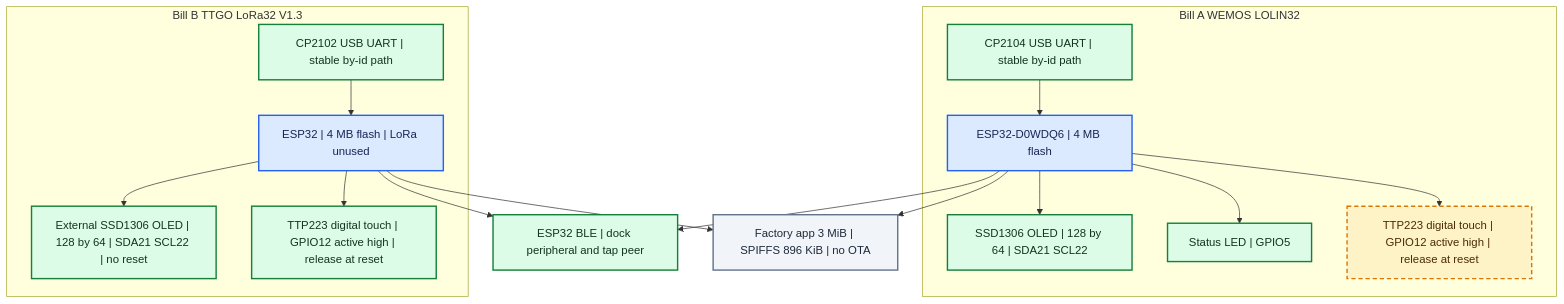
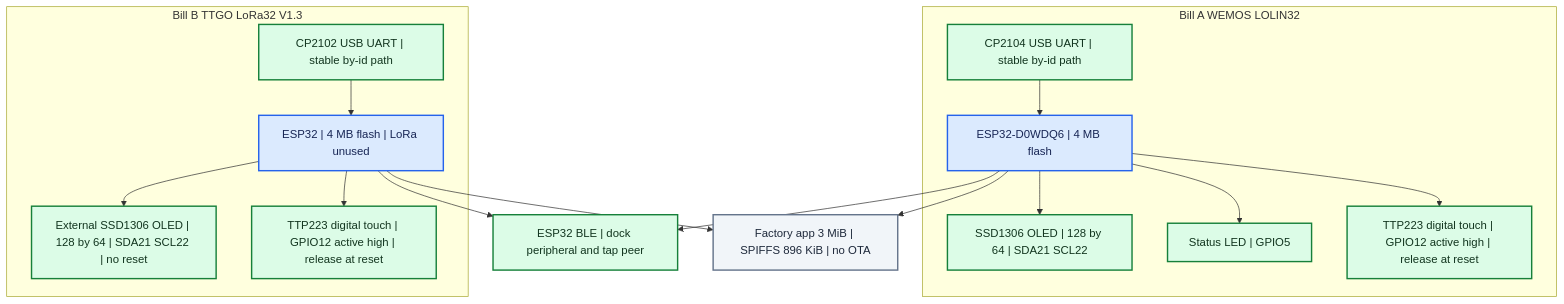
Before and after one commit to EdwinKestler/bill: the diagram in docs/diagrams/src/07-bill-hardware.mmd, drawn with Mermaid. The commit also changed 76 other files, not shown here.

```diff
--- a/docs/diagrams/src/07-bill-hardware.mmd
+++ b/docs/diagrams/src/07-bill-hardware.mmd
@@ -1,34 +1,34 @@
 flowchart TB
     classDef board fill:#dbeafe,stroke:#2563eb,color:#172554,stroke-width:2px
     classDef peripheral fill:#dcfce7,stroke:#16803a,color:#12351f,stroke-width:2px
     classDef planned fill:#fef3c7,stroke:#d97706,color:#4a2b05,stroke-width:2px,stroke-dasharray:6 4
     classDef storage fill:#f1f5f9,stroke:#64748b,color:#1e293b,stroke-width:2px
 
     subgraph wemos["Bill A WEMOS LOLIN32"]
         boardA["ESP32-D0WDQ6 | 4 MB flash"]:::board
         oled["SSD1306 OLED | 128 by 64 | SDA21 SCL22"]:::peripheral
         led["Status LED | GPIO5"]:::peripheral
-        button["TTP223 digital touch | GPIO12 active high | release at reset"]:::planned
+        button["TTP223 digital touch | GPIO12 active high | release at reset"]:::peripheral
         usbA["CP2104 USB UART | stable by-id path"]:::peripheral
         boardA --> oled
         boardA --> led
         boardA --> button
         usbA --> boardA
     end
 
     subgraph ttgo["Bill B TTGO LoRa32 V1.3"]
         boardB["ESP32 | 4 MB flash | LoRa unused"]:::board
         oledB["External SSD1306 OLED | 128 by 64 | SDA21 SCL22 | no reset"]:::peripheral
         touch["TTP223 digital touch | GPIO12 active high | release at reset"]:::peripheral
         usbB["CP2102 USB UART | stable by-id path"]:::peripheral
         boardB --> oledB
         boardB --> touch
         usbB --> boardB
     end
 
     radio["ESP32 BLE | dock peripheral and tap peer"]:::peripheral
     flash["Factory app 3 MiB | SPIFFS 896 KiB | no OTA"]:::storage
     boardA --> radio
     boardB --> radio
     boardA --> flash
     boardB --> flash
```
